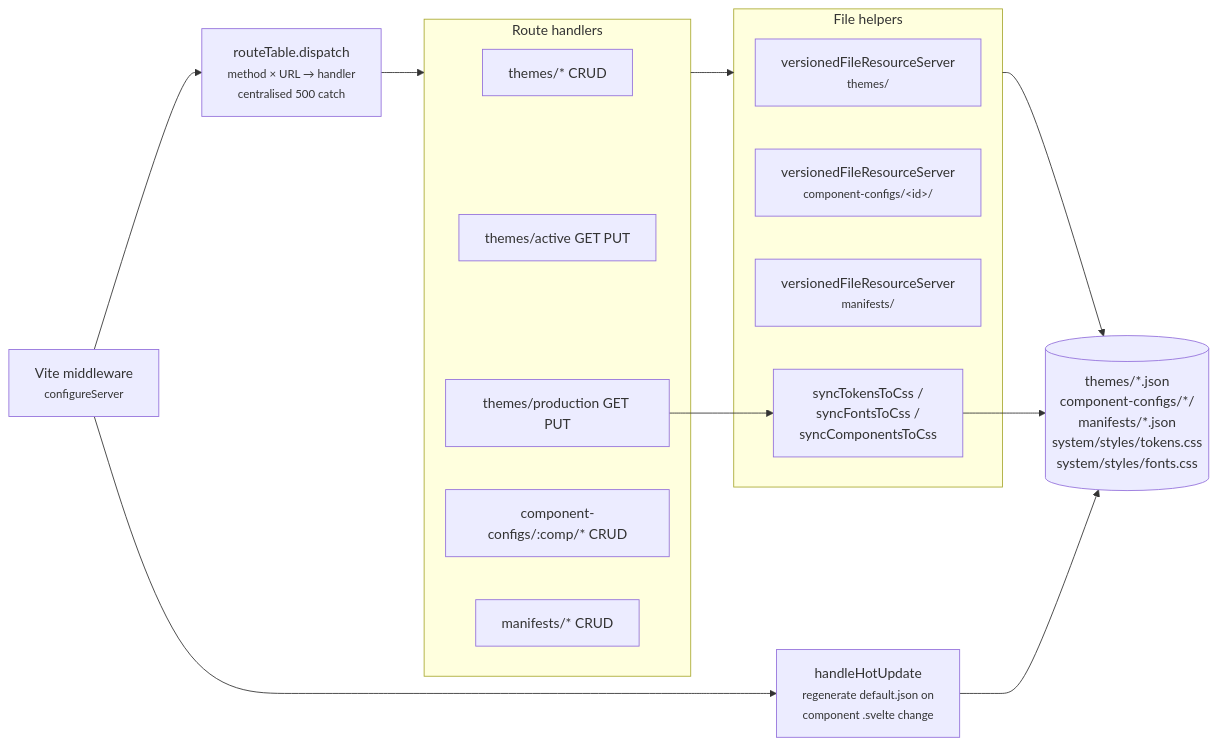
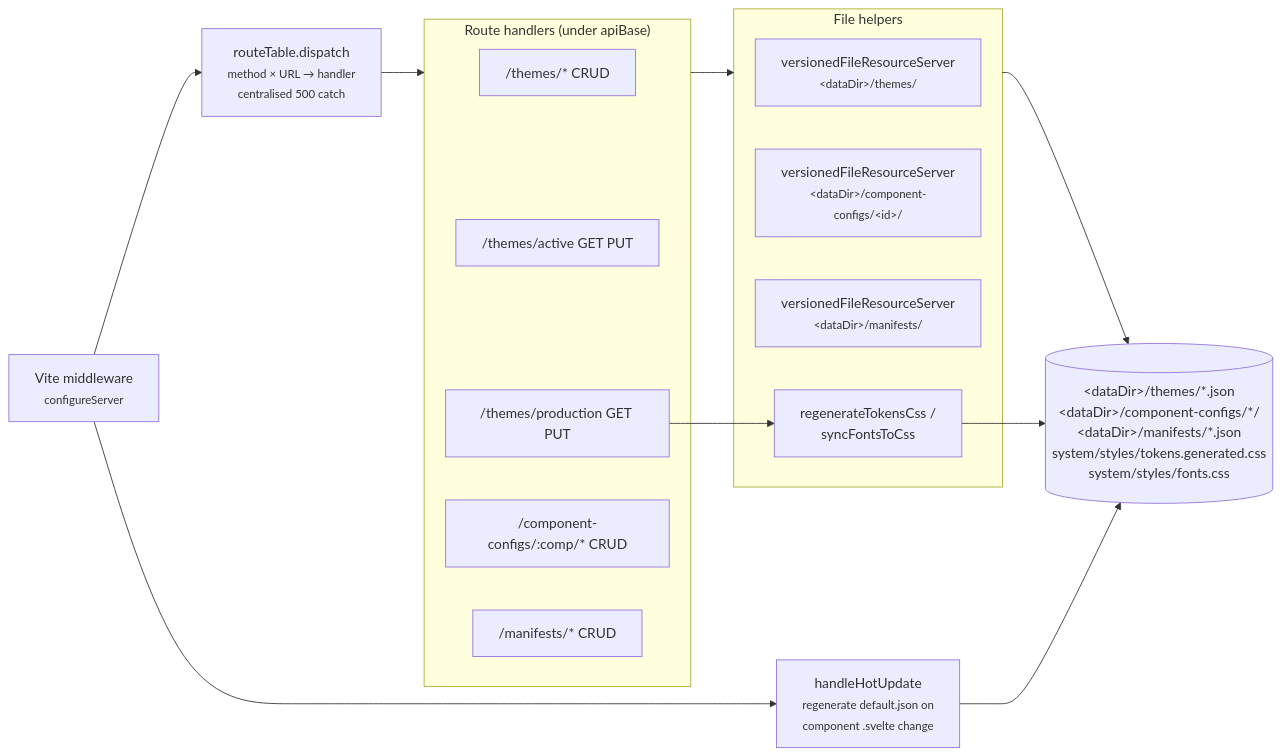
Before and after one commit to motionproto/live-tokens: the sixth of 6 diagrams in docs/02-architecture.md, drawn with Mermaid. The commit also changed other lines of this file and 30 other files, not shown here.

````diff
--- a/docs/02-architecture.md
+++ b/docs/02-architecture.md
@@ -252,30 +257,30 @@
 ```mermaid
 flowchart LR
     Vite["Vite middleware<br/><small>configureServer</small>"]
     Dispatch["routeTable.dispatch<br/><small>method × URL → handler<br/>centralised 500 catch</small>"]
 
-    subgraph Handlers["Route handlers"]
-        Themes["themes/* CRUD"]
-        Active["themes/active GET PUT"]
-        Production["themes/production GET PUT"]
-        Comps["component-configs/:comp/* CRUD"]
-        Manifests["manifests/* CRUD"]
+    subgraph Handlers["Route handlers (under apiBase)"]
+        Themes["/themes/* CRUD"]
+        Active["/themes/active GET PUT"]
+        Production["/themes/production GET PUT"]
+        Comps["/component-configs/:comp/* CRUD"]
+        Manifests["/manifests/* CRUD"]
     end
 
     subgraph Helpers["File helpers"]
-        ThemeRes["versionedFileResourceServer<br/><small>themes/</small>"]
-        CompRes["versionedFileResourceServer<br/><small>component-configs/&lt;id&gt;/</small>"]
-        ManRes["versionedFileResourceServer<br/><small>manifests/</small>"]
-        Sync["syncTokensToCss /<br/>syncFontsToCss /<br/>syncComponentsToCss"]
+        ThemeRes["versionedFileResourceServer<br/><small>&lt;dataDir&gt;/themes/</small>"]
+        CompRes["versionedFileResourceServer<br/><small>&lt;dataDir&gt;/component-configs/&lt;id&gt;/</small>"]
+        ManRes["versionedFileResourceServer<br/><small>&lt;dataDir&gt;/manifests/</small>"]
+        Sync["regenerateTokensCss /<br/>syncFontsToCss"]
     end
 
-    FS[("themes/*.json<br/>component-configs/*/<br/>manifests/*.json<br/>system/styles/tokens.css<br/>system/styles/fonts.css")]
+    FS[("&lt;dataDir&gt;/themes/*.json<br/>&lt;dataDir&gt;/component-configs/*/<br/>&lt;dataDir&gt;/manifests/*.json<br/>system/styles/tokens.generated.css<br/>system/styles/fonts.css")]
     HotUpdate["handleHotUpdate<br/><small>regenerate default.json on<br/>component .svelte change</small>"]
 
     Vite --> Dispatch --> Handlers
     Handlers --> Helpers
     Helpers --> FS
     Production --> Sync
     Sync --> FS
     Vite --> HotUpdate --> FS
 ```
````
